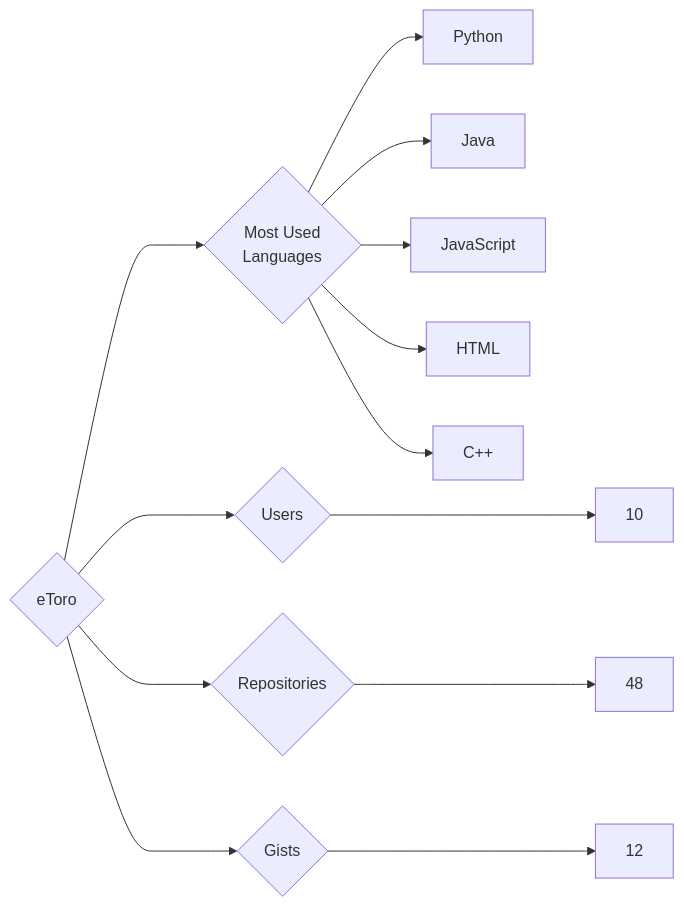
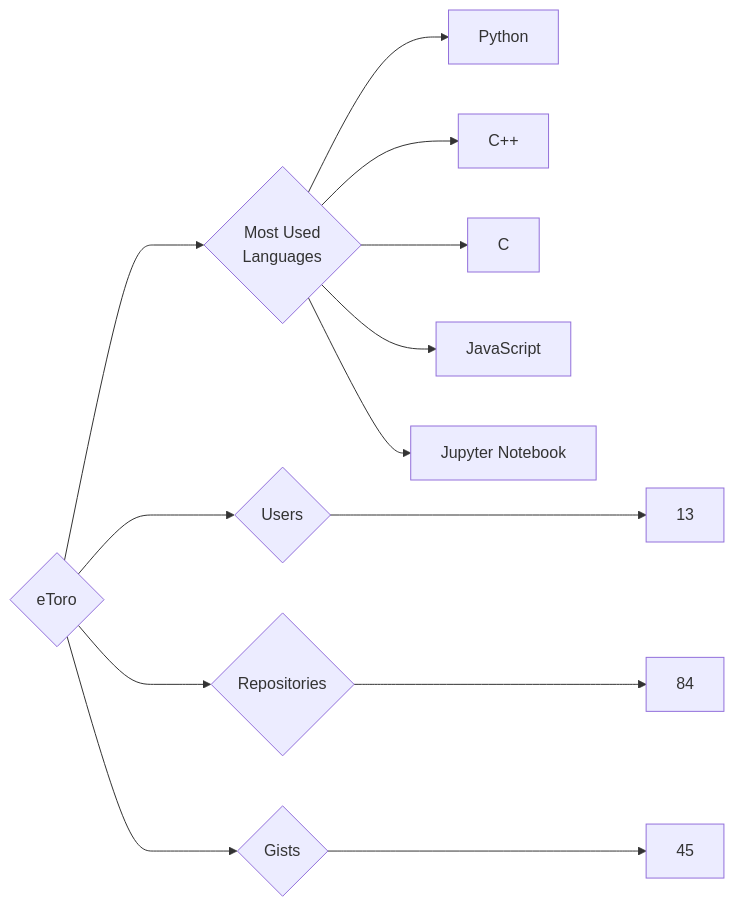
One commit to trickest/insiders changed the diagram in targets/eToro/README.md. Above: the diagram before and after it, drawn with Mermaid. The commit also changed 976 other files, not shown here.

````diff
--- a/targets/eToro/README.md
+++ b/targets/eToro/README.md
@@ -3,13 +3,13 @@
 ```mermaid
 graph LR
 COMPANY_NAME{eToro}
-COMPANY_NAME ---> U{Users} ---> UN[10]
-COMPANY_NAME ---> R{Repositories} ---> RN[48]
-COMPANY_NAME ---> G{Gists} ---> GN[12]
+COMPANY_NAME ---> U{Users} ---> UN[13]
+COMPANY_NAME ---> R{Repositories} ---> RN[84]
+COMPANY_NAME ---> G{Gists} ---> GN[45]
 COMPANY_NAME ---> ML{Most Used<br>Languages}
 ML --> Python[Python]
-ML --> Java[Java]
+ML --> C++[C++]
+ML --> C[C]
 ML --> JavaScript[JavaScript]
-ML --> HTML[HTML]
-ML --> C++[C++]
+ML --> Jupyter_Notebook[Jupyter Notebook]
 ```
````
